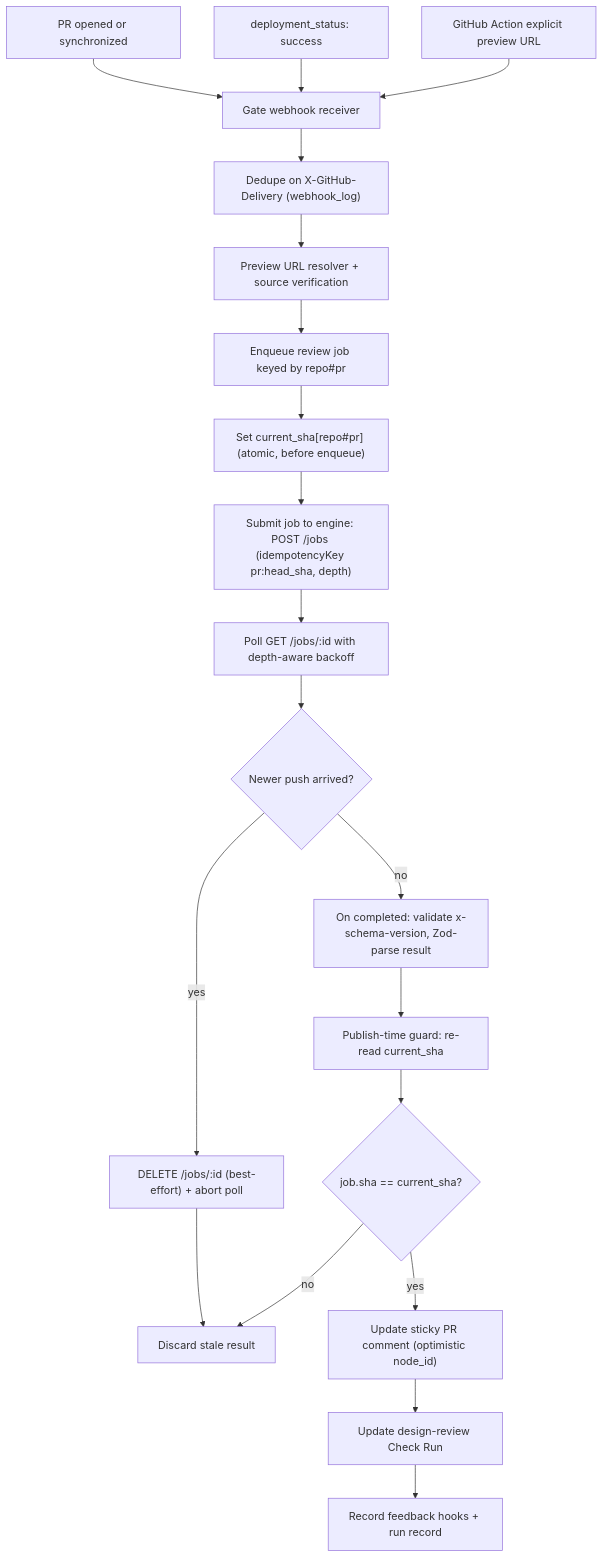
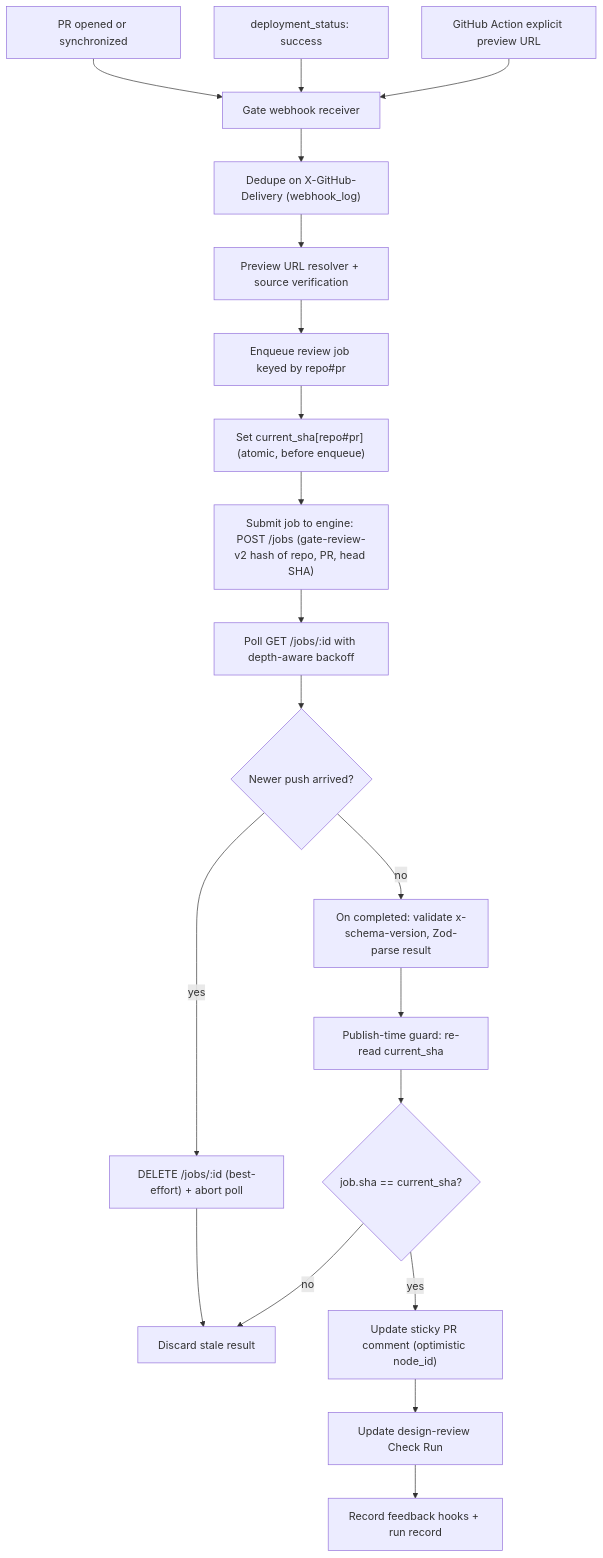
The first of 4 diagrams in ARCHITECTURE.md (apatureai/gate), drawn with Mermaid before and after one commit. The commit also changed other lines of this file and 21 other files, not shown here.

Commit message:
Fix repository-scoped engine idempotency (#185)

````diff
--- a/ARCHITECTURE.md
+++ b/ARCHITECTURE.md
@@ -19,21 +19,21 @@
 ```mermaid
 flowchart TD
   A["PR opened or synchronized"] --> B["Gate webhook receiver"]
   C["deployment_status: success"] --> B
   D["GitHub Action explicit preview URL"] --> B
   B --> B2["Dedupe on X-GitHub-Delivery (webhook_log)"]
   B2 --> E["Preview URL resolver + source verification"]
   E --> F["Enqueue review job keyed by repo#pr"]
   F --> G["Set current_sha[repo#pr] (atomic, before enqueue)"]
-  G --> H1["Submit job to engine: POST /jobs (idempotencyKey pr:head_sha, depth)"]
+  G --> H1["Submit job to engine: POST /jobs (gate-review-v2 hash of repo, PR, head SHA)"]
   H1 --> H2["Poll GET /jobs/:id with depth-aware backoff"]
   H2 --> SUP{"Newer push arrived?"}
   SUP -- "yes" --> H4["DELETE /jobs/:id (best-effort) + abort poll"] --> K["Discard"]
   SUP -- "no" --> H3["On completed: validate x-schema-version, Zod-parse result"]
   H3 --> I["Publish-time guard: re-read current_sha"]
   I --> J{"job.sha == current_sha?"}
   J -- "no" --> K["Discard stale result"]
   J -- "yes" --> L["Update sticky PR comment (optimistic node_id)"]
   L --> M["Update design-review Check Run"]
   M --> N["Record feedback hooks + run record"]
 ```
````
